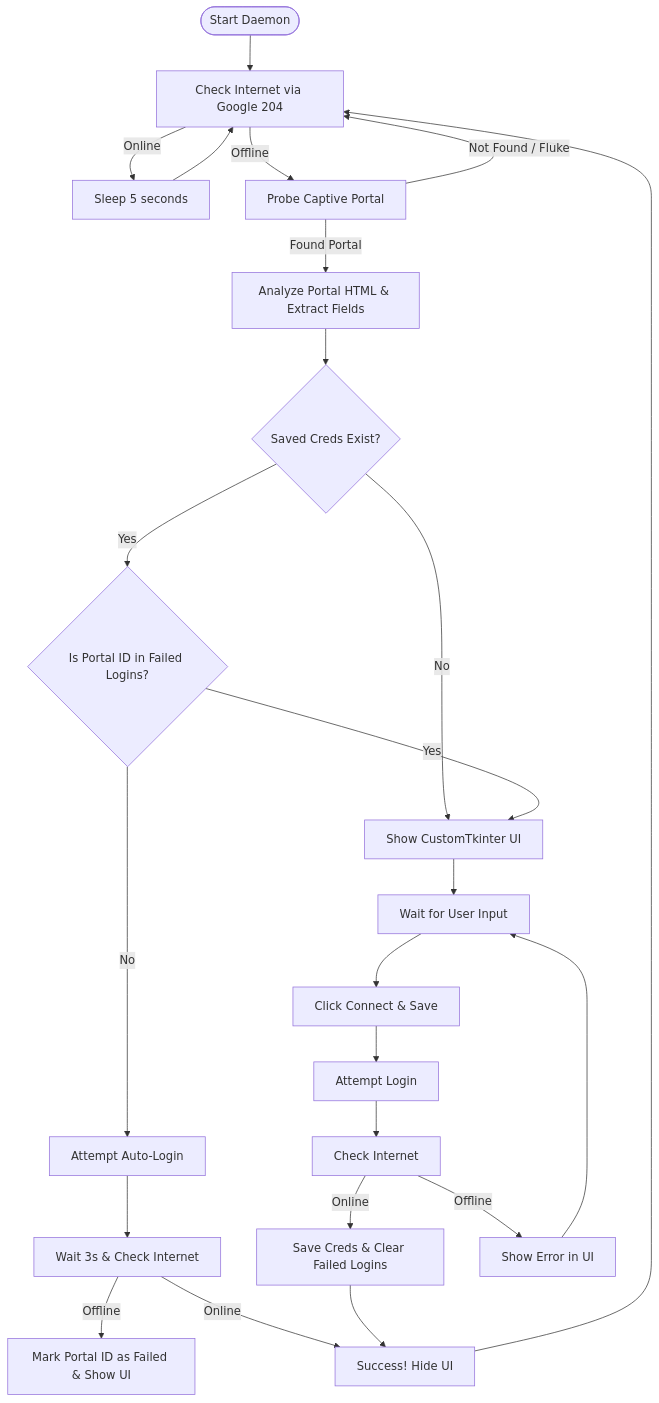
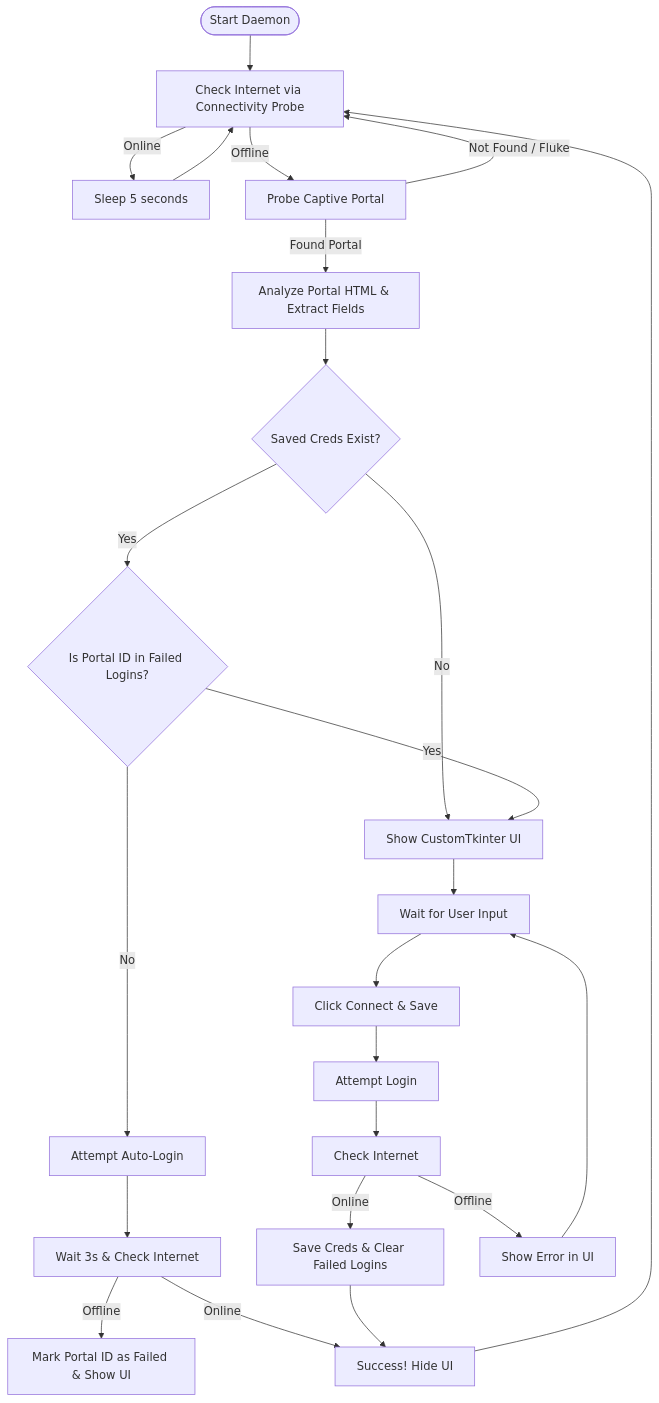
Before and after one commit to HirdyanshuSinghChanaria/auto_wifi_auth: the diagram in README.md, drawn with Mermaid. The commit also changed other lines of this file and 10 other files, not shown here.

````diff
--- a/README.md
+++ b/README.md
@@ -15,26 +15,26 @@
 ```mermaid
 graph TD
-    A([Start Daemon]) --> B[Check Internet via Google 204]
+    A([Start Daemon]) --> B[Check Internet via Connectivity Probe]
     B -->|Online| C[Sleep 5 seconds]
     C --> B
     B -->|Offline| D[Probe Captive Portal]
     D -->|Not Found / Fluke| B
     D -->|Found Portal| E[Analyze Portal HTML & Extract Fields]
     E --> F{Saved Creds Exist?}
     F -->|No| G[Show CustomTkinter UI]
     F -->|Yes| H{Is Portal ID in Failed Logins?}
     H -->|Yes| G
     H -->|No| I[Attempt Auto-Login]
     I --> J[Wait 3s & Check Internet]
     J -->|Online| K[Success! Hide UI]
     K --> B
     J -->|Offline| L[Mark Portal ID as Failed & Show UI]
     G --> M[Wait for User Input]
     M --> N[Click Connect & Save]
     N --> O[Attempt Login]
     O --> P[Check Internet]
     P -->|Online| Q[Save Creds & Clear Failed Logins]
     Q --> K
     P -->|Offline| R[Show Error in UI]
     R --> M
 ```
````
